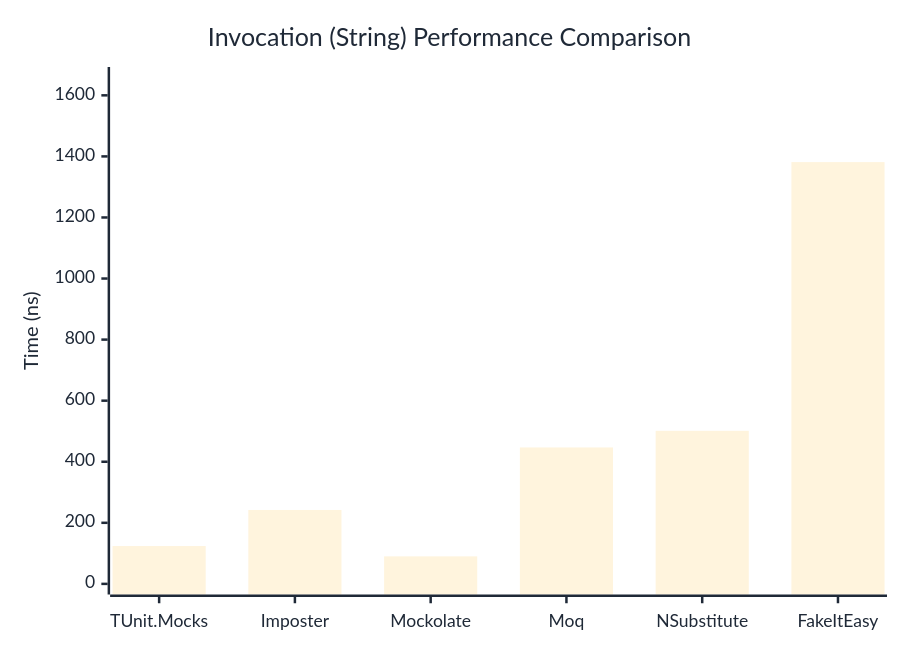
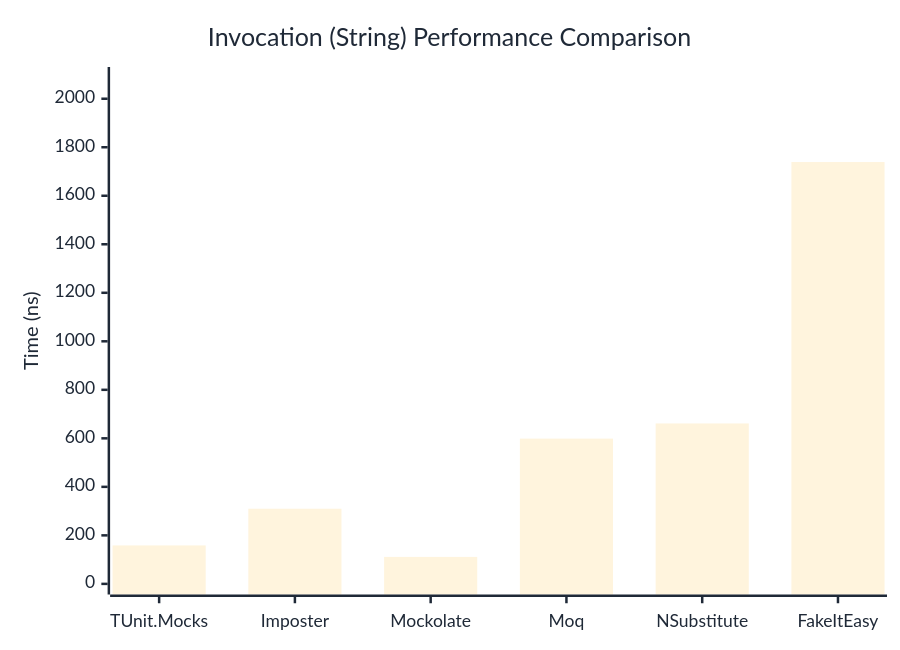
One commit to thomhurst/TUnit changed the second of 3 diagrams in docs/docs/benchmarks/mocks/Invocation.md. Above: the diagram before and after it, drawn with Mermaid. The commit also changed other lines of this file and 14 other files, not shown here.

````diff
--- a/docs/docs/benchmarks/mocks/Invocation.md
+++ b/docs/docs/benchmarks/mocks/Invocation.md
@@ -69,27 +69,27 @@
 ```mermaid
 %%{init: {
   'theme':'base',
   'themeVariables': {
     'primaryColor': '#2563eb',
     'primaryTextColor': '#1f2937',
     'primaryBorderColor': '#1e40af',
     'lineColor': '#6b7280',
     'secondaryColor': '#7c3aed',
     'tertiaryColor': '#dc2626',
     'background': '#ffffff',
     'pie1': '#2563eb',
     'pie2': '#7c3aed',
     'pie3': '#dc2626',
     'pie4': '#f59e0b',
     'pie5': '#10b981',
     'pie6': '#06b6d4',
     'pie7': '#ec4899',
     'pie8': '#6366f1'
   }
 }}%%
 xychart-beta
   title "Invocation (String) Performance Comparison"
   x-axis ["TUnit.Mocks", "Imposter", "Mockolate", "Moq", "NSubstitute", "FakeItEasy"]
-  y-axis "Time (ns)" 0 --> 1658
-  bar [123.91, 242.03, 90.13, 446.79, 501.31, 1381.35]
+  y-axis "Time (ns)" 0 --> 2087
+  bar [158.5, 309.8, 111.2, 598.8, 661.4, 1739]
 ```
````
